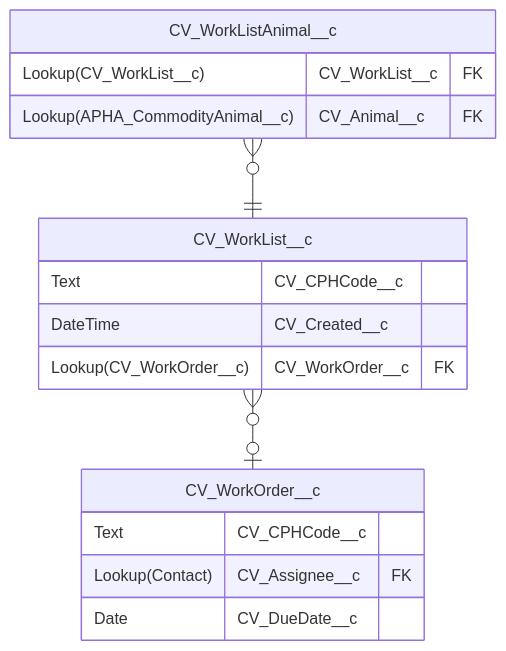
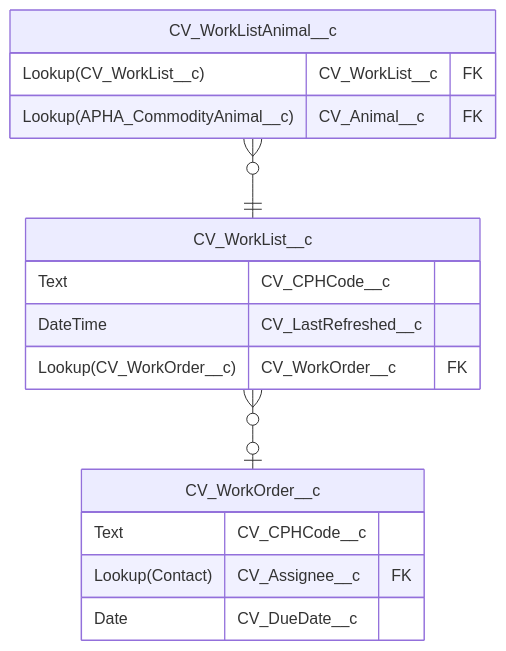
Before and after one commit to DEFRA/cattle-vaccination-documentation: the third of 3 diagrams in technology/data-architecture/structure-view/README.md, drawn with Mermaid. The commit also changed other lines of this file, not shown here.

Commit message:
Added refresh datetime to the WorkList

````diff
--- a/technology/data-architecture/structure-view/README.md
+++ b/technology/data-architecture/structure-view/README.md
@@ -177,23 +177,23 @@
 ```mermaid
 erDiagram
   CV_WorkOrder__c {
 %%    Lookup(APHA_CPH__c) CV_CPH__c FK
     Text CV_CPHCode__c
     Lookup(Contact) CV_Assignee__c FK
     Date CV_DueDate__c
   }
 
   CV_WorkList__c {
     Text CV_CPHCode__c
-    DateTime CV_Created__c
+    DateTime CV_LastRefreshed__c
     Lookup(CV_WorkOrder__c) CV_WorkOrder__c FK
   }
 
   CV_WorkListAnimal__c {
     Lookup(CV_WorkList__c) CV_WorkList__c FK
     Lookup(APHA_CommodityAnimal__c) CV_Animal__c FK
   }
 
   CV_WorkList__c }o--o| CV_WorkOrder__c : ""
   CV_WorkListAnimal__c }o--|| CV_WorkList__c : ""
 ```
````
